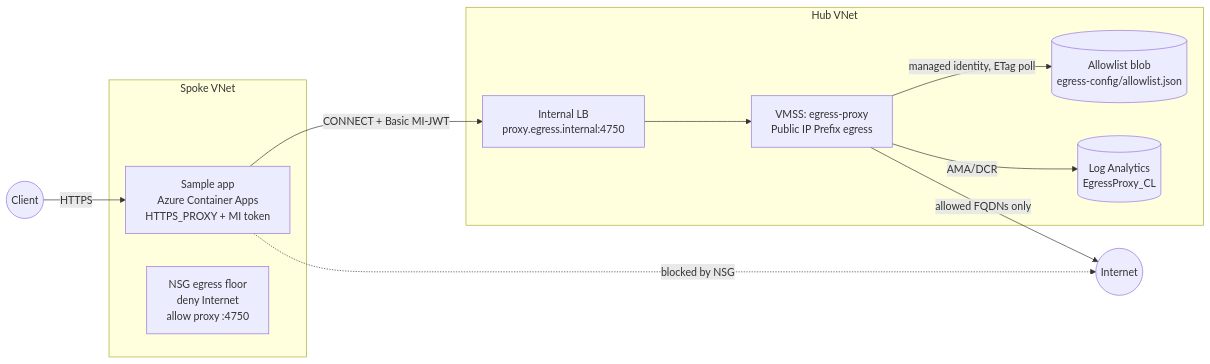
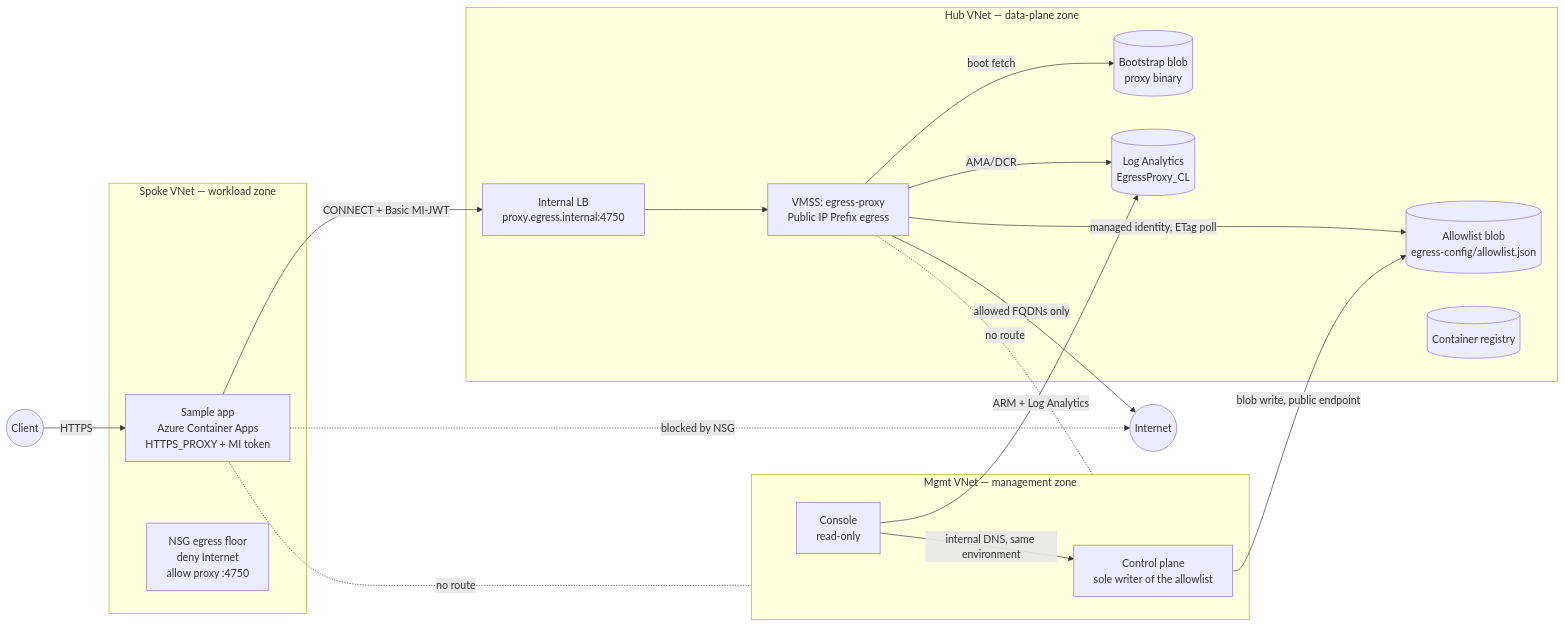
The diagram in docs/architecture.md (alanta/azure-egress-proxy), drawn with Mermaid before and after one commit. The commit also changed other lines of this file and 28 other files, not shown here.

First line of the commit message:
Isolate the management plane into its own zone (#43)

````diff
--- a/docs/architecture.md
+++ b/docs/architecture.md
@@ -8,19 +26,31 @@
 ```mermaid
 flowchart LR
-    subgraph spoke [Spoke VNet]
+    subgraph spoke [Spoke VNet — workload zone]
         APP[Sample app<br/>Azure Container Apps<br/>HTTPS_PROXY + MI token]
         NSG[NSG egress floor<br/>deny Internet<br/>allow proxy :4750]
     end
-    subgraph hub [Hub VNet]
+    subgraph hub [Hub VNet — data-plane zone]
         LB[Internal LB<br/>proxy.egress.internal:4750]
         VMSS[VMSS: egress-proxy<br/>Public IP Prefix egress]
         ST[(Allowlist blob<br/>egress-config/allowlist.json)]
+        BIN[(Bootstrap blob<br/>proxy binary)]
+        ACR[(Container registry)]
         LAW[(Log Analytics<br/>EgressProxy_CL)]
+    end
+    subgraph mgmt [Mgmt VNet — management zone]
+        CP[Control plane<br/>sole writer of the allowlist]
+        PORTAL[Console<br/>read-only]
     end
     USER((Client)) -->|HTTPS| APP
     APP -->|CONNECT + Basic MI-JWT| LB --> VMSS
     VMSS -->|allowed FQDNs only| NET((Internet))
     VMSS -->|managed identity, ETag poll| ST
+    VMSS -->|boot fetch| BIN
     VMSS -->|AMA/DCR| LAW
     APP -.blocked by NSG.-> NET
+    CP -->|blob write, public endpoint| ST
+    PORTAL -->|internal DNS, same environment| CP
+    PORTAL -->|ARM + Log Analytics| LAW
+    APP -.no route.- mgmt
+    VMSS -.no route.- mgmt
 ```
````
